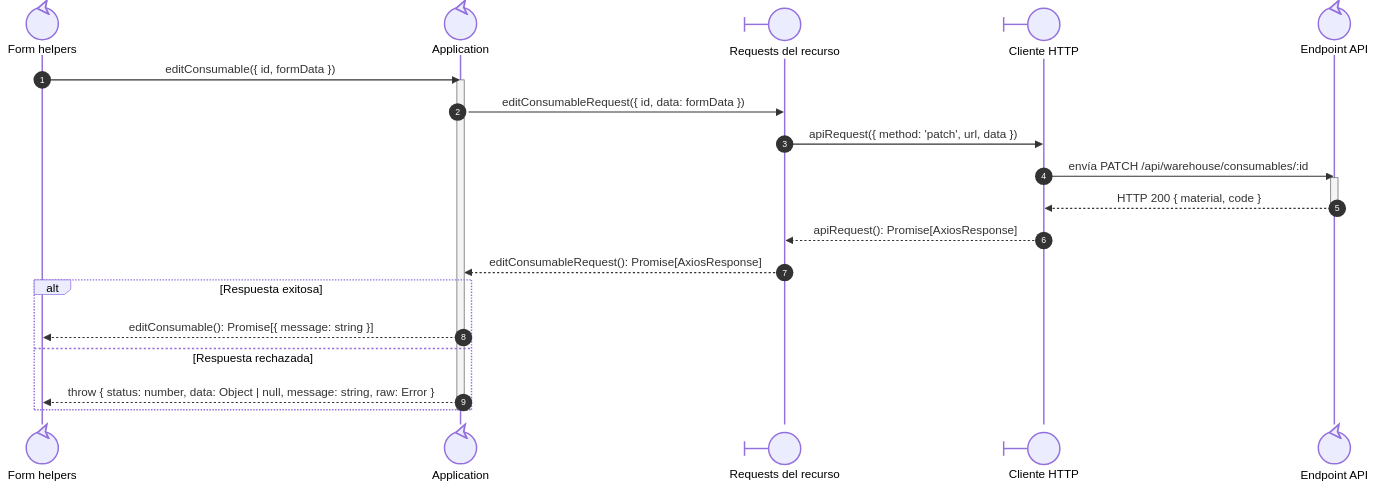
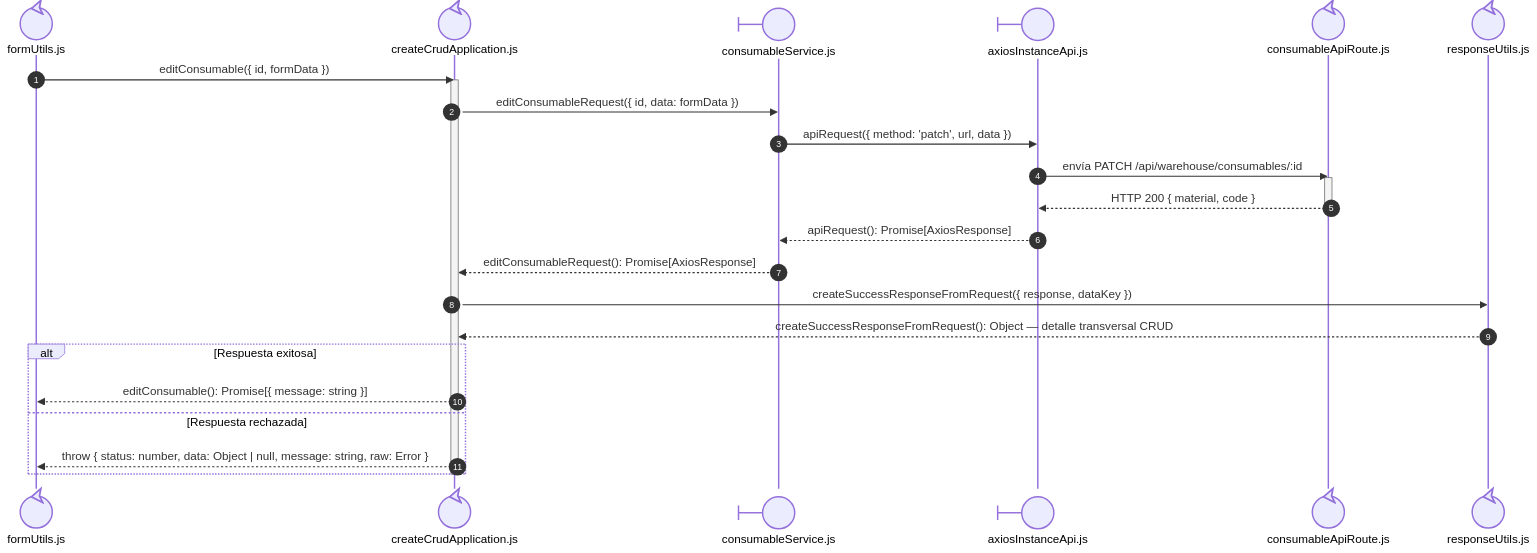
One commit to gpgsistemas01/nexus changed the third of 3 diagrams in docs/architecture/views/processes/frontend-code-sequences/catalogs/cu-alm-19.md. Above: the diagram before and after it, drawn with Mermaid. The commit also changed other lines of this file and 192 other files, not shown here.

Commit message:
docs: make sequence file ownership explicit and align code flows

````diff
--- a/docs/architecture/views/processes/frontend-code-sequences/catalogs/cu-alm-19.md
+++ b/docs/architecture/views/processes/frontend-code-sequences/catalogs/cu-alm-19.md
@@ -83,26 +169,30 @@
 ```mermaid
 sequenceDiagram
     autonumber
-    participant FormUtils@{ "type": "control" } as Form helpers
-    participant Application@{ "type": "control" } as Application
-    participant Request@{ "type": "boundary" } as Requests del recurso
-    participant HTTP@{ "type": "boundary" } as Cliente HTTP
-    participant Transport@{ "type": "control" } as Endpoint API
+    participant FormUtils@{ "type": "control" } as formUtils.js
+    participant Application@{ "type": "control" } as createCrudApplication.js
+    participant Request@{ "type": "boundary" } as consumableService.js
+    participant HTTP@{ "type": "boundary" } as axiosInstanceApi.js
+    participant Transport@{ "type": "control" } as consumableApiRoute.js
+
+    participant FileResponseUtils@{ "type": "control" } as responseUtils.js
 
     FormUtils->>Application: editConsumable({ id, formData })
     activate Application
     Application->>Request: editConsumableRequest({ id, data: formData })
     Request->>HTTP: apiRequest({ method: 'patch', url, data })
     HTTP->>Transport: envía PATCH /api/warehouse/consumables/:id
     activate Transport
     Transport-->>HTTP: HTTP 200 { material, code }
     deactivate Transport
     HTTP-->>Request: apiRequest(): Promise[AxiosResponse]
     Request-->>Application: editConsumableRequest(): Promise[AxiosResponse]
+    Application->>FileResponseUtils: createSuccessResponseFromRequest({ response, dataKey })
+    FileResponseUtils-->>Application: createSuccessResponseFromRequest(): Object — detalle transversal CRUD
     alt Respuesta exitosa
         Application-->>FormUtils: editConsumable(): Promise[{ message: string }]
     else Respuesta rechazada
         Application-->>FormUtils: throw { status: number, data: Object | null, message: string, raw: Error }
     end
     deactivate Application
 ```
````
